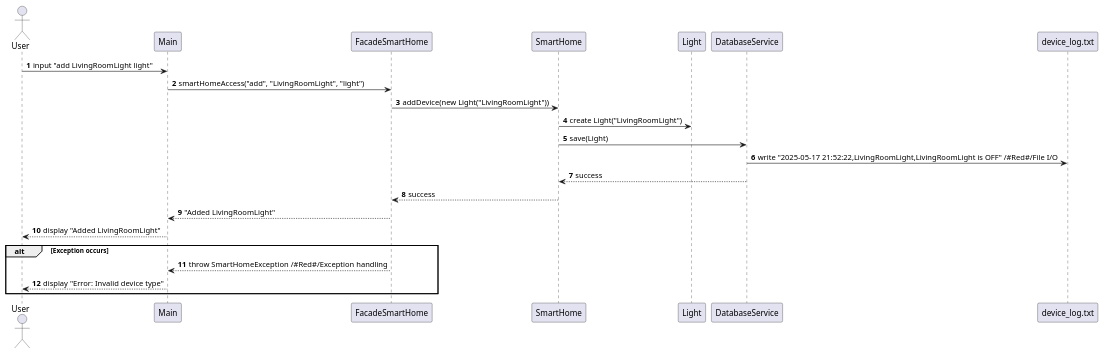
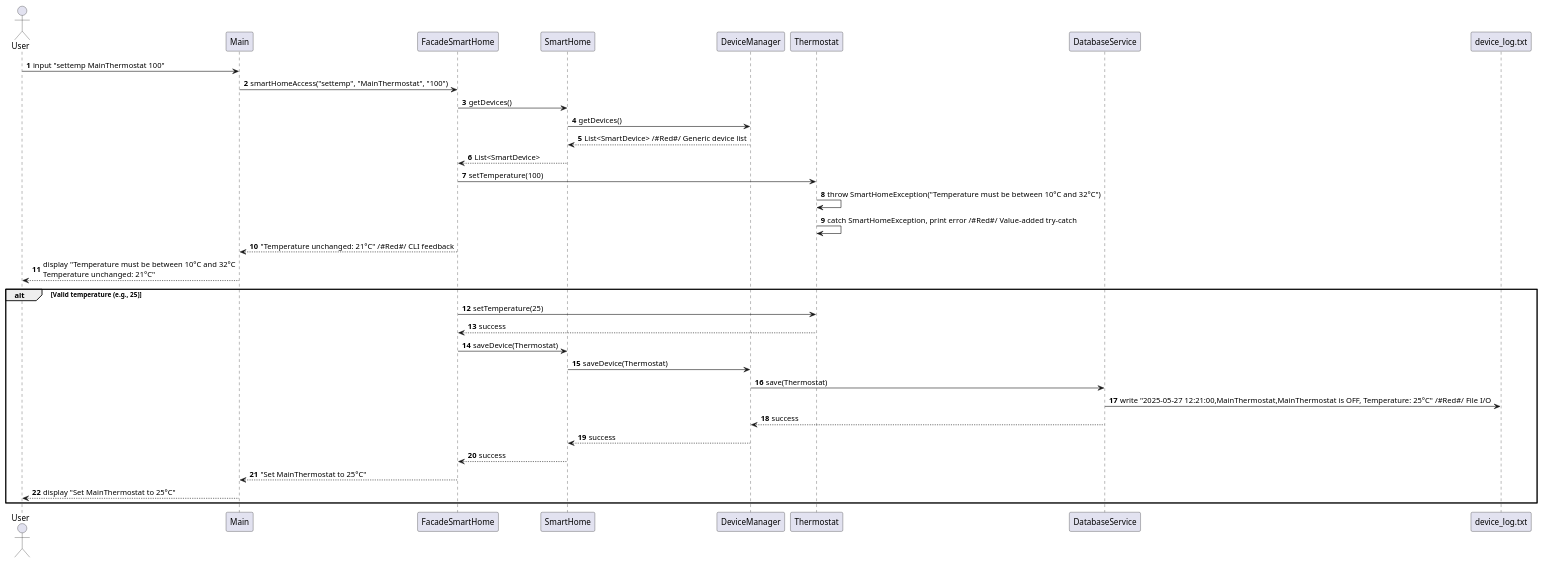
One commit to Fatimah1403/SmartHomeSystemSimulation changed the second of 2 diagrams in shss.puml. Above: the diagram before and after it, drawn with PlantUML. The commit also changed other lines of this file, not shown here.

```diff
--- a/shss.puml
+++ b/shss.puml
@@ -109,27 +150,38 @@
 @startuml
-' --- Sequence Diagram for "add LivingRoomLight light" ---
+' --- Sequence Diagram for "settemp MainThermostat 100" (Updated for Assignment 3) ---
 
 autonumber
 actor User
 participant "Main" as M
 participant "FacadeSmartHome" as F
 participant "SmartHome" as SH
-participant "Light" as L
+participant "DeviceManager" as DM
+participant "Thermostat" as T
 participant "DatabaseService" as DB
 
-User -> M: input "add LivingRoomLight light"
-M -> F: smartHomeAccess("add", "LivingRoomLight", "light")
-F -> SH: addDevice(new Light("LivingRoomLight"))
-SH -> L: create Light("LivingRoomLight")
-SH -> DB: save(Light)
-DB -> device_log.txt: write "2025-05-17 21:52:22,LivingRoomLight,LivingRoomLight is OFF" /#Red#/File I/O
-DB --> SH: success
-SH --> F: success
-F --> M: "Added LivingRoomLight"
-M --> User: display "Added LivingRoomLight"
-alt Exception occurs
-    F --> M: throw SmartHomeException /#Red#/Exception handling
-    M --> User: display "Error: Invalid device type"
+User -> M: input "settemp MainThermostat 100"
+M -> F: smartHomeAccess("settemp", "MainThermostat", "100")
+F -> SH: getDevices()
+SH -> DM: getDevices()
+DM --> SH: List<SmartDevice> /#Red#/ Generic device list
+SH --> F: List<SmartDevice>
+F -> T: setTemperature(100)
+T -> T: throw SmartHomeException("Temperature must be between 10°C and 32°C")
+T -> T: catch SmartHomeException, print error /#Red#/ Value-added try-catch
+F --> M: "Temperature unchanged: 21°C" /#Red#/ CLI feedback
+M --> User: display "Temperature must be between 10°C and 32°C\nTemperature unchanged: 21°C"
+alt Valid temperature (e.g., 25)
+    F -> T: setTemperature(25)
+    T --> F: success
+    F -> SH: saveDevice(Thermostat)
+    SH -> DM: saveDevice(Thermostat)
+    DM -> DB: save(Thermostat)
+    DB -> device_log.txt: write "2025-05-27 12:21:00,MainThermostat,MainThermostat is OFF, Temperature: 25°C" /#Red#/ File I/O
+    DB --> DM: success
+    DM --> SH: success
+    SH --> F: success
+    F --> M: "Set MainThermostat to 25°C"
+    M --> User: display "Set MainThermostat to 25°C"
 end
 
 @enduml
```
